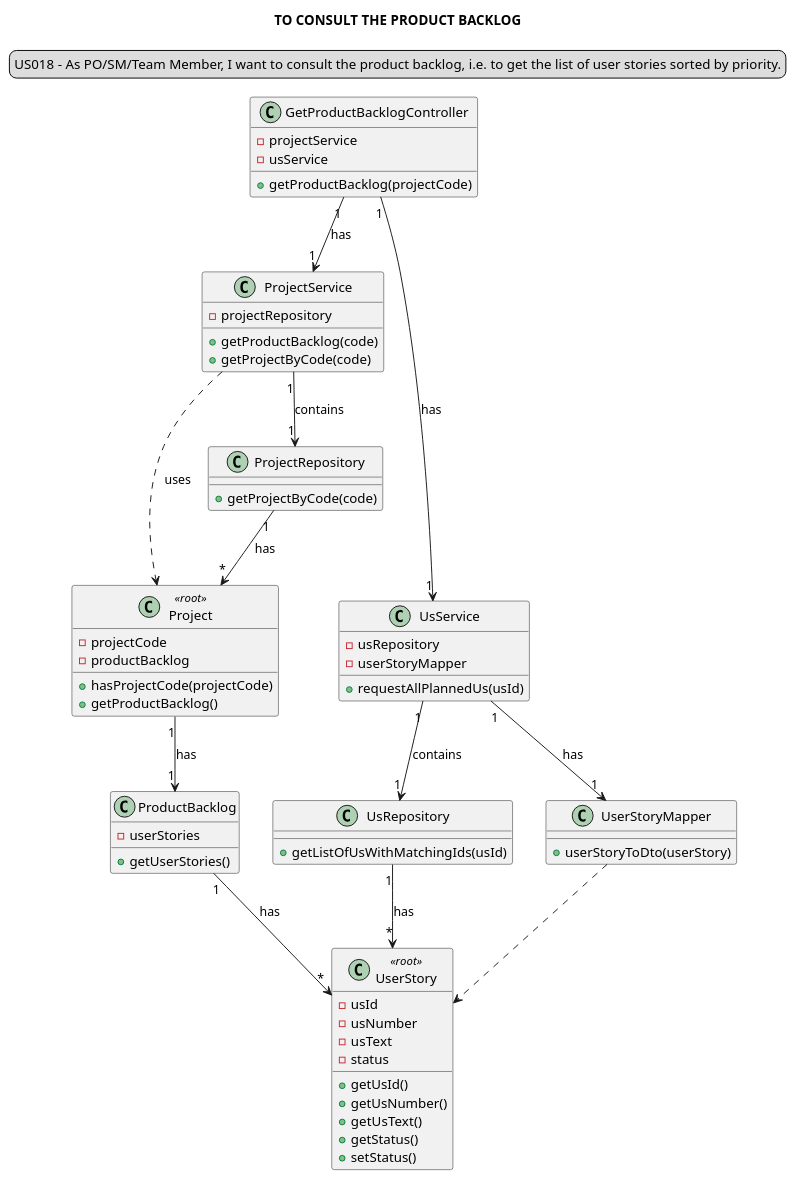
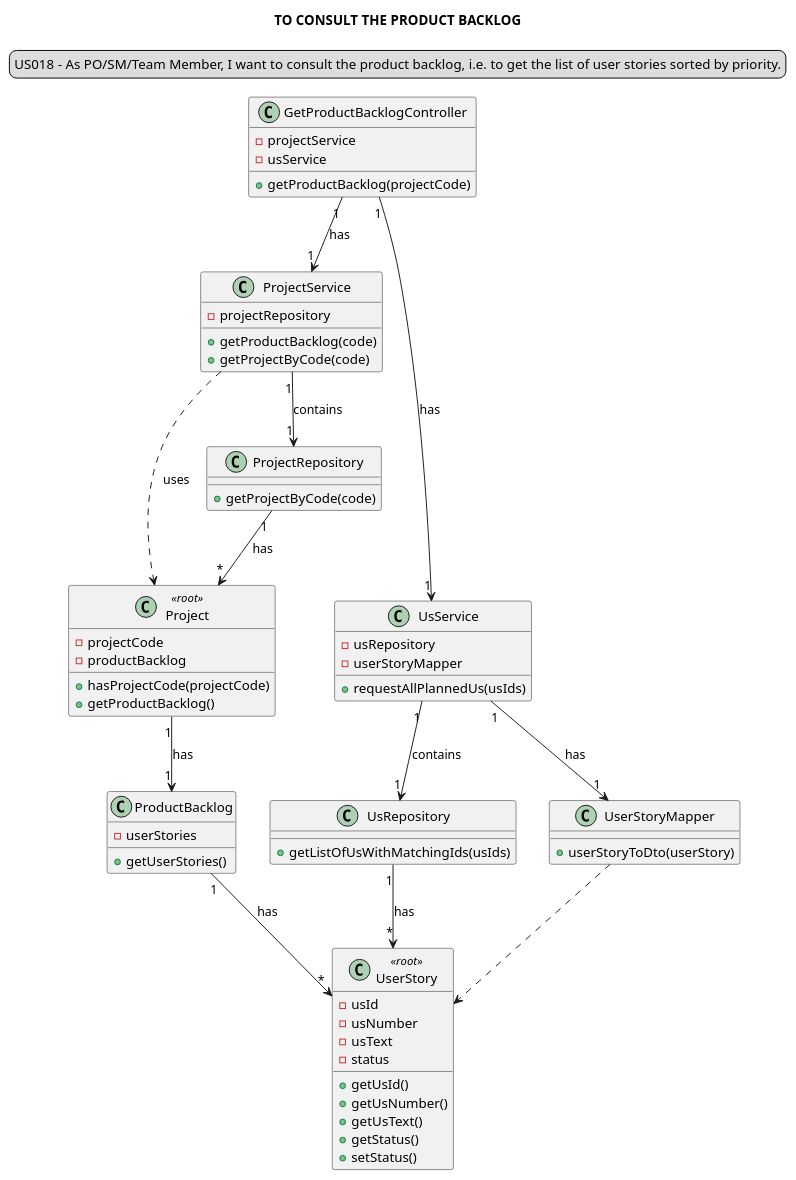
One commit to Loracline/project_switch_22-23 changed the diagram in docs/modelling_design/user_stories/sprint03/us018/US018_ClassDiagram_ddd.puml. Above: the diagram before and after it, drawn with PlantUML. The commit also changed 3 other files, not shown here.

Commit message:
US017-US018: Design: Updated sequence and class diagrams of US017 and US018, closes #235

```diff
--- a/docs/modelling_design/user_stories/sprint03/us018/US018_ClassDiagram_ddd.puml
+++ b/docs/modelling_design/user_stories/sprint03/us018/US018_ClassDiagram_ddd.puml
@@ -1,76 +1,76 @@
 @startuml
 'https://plantuml.com/class-diagram
 
 title TO CONSULT THE PRODUCT BACKLOG
 skinparam sequenceMessageAlign center
 legend top
 US018 - As PO/SM/Team Member, I want to consult the product backlog, i.e. to get the list of user stories sorted by priority.
 end legend
 
 class "GetProductBacklogController" {
 -projectService
 -usService
 +getProductBacklog(projectCode)
 }
 
 class "ProjectService"{
 -projectRepository
 +getProductBacklog(code)
 +getProjectByCode(code)
 }
 
 class "UsService"{
 -usRepository
 -userStoryMapper
-+requestAllPlannedUs(usId)
++requestAllPlannedUs(usIds)
 }
 
 class "Project" <<root>>{
 -projectCode
 -productBacklog
 +hasProjectCode(projectCode)
 +getProductBacklog()
 }
 
 class "ProductBacklog"{
 -userStories
 +getUserStories()
 }
 
 class ProjectRepository{
 +getProjectByCode(code)
 }
 
 class "UsRepository"{
-+getListOfUsWithMatchingIds(usId)
++getListOfUsWithMatchingIds(usIds)
 }
 
 class "UserStoryMapper"{
 +userStoryToDto(userStory)
 }
 class "UserStory" <<root>>{
 -usId
 -usNumber
 -usText
 -status
 +getUsId()
 +getUsNumber()
 +getUsText()
 +getStatus()
 +setStatus()
 }
 
 
 "GetProductBacklogController" "1"-->"1"  "ProjectService": has
 "GetProductBacklogController" "1"-->"1"  "UsService": has
 "Project" "1"-->"1" "ProductBacklog": has
 "ProductBacklog" "1"-->"*" "UserStory": has
 "UsService" "1"-->"1"  "UsRepository": contains
 "UsRepository" "1"-->"*" "UserStory": has
 "UsService" "1"-->"1"  "UserStoryMapper": has
 "UserStoryMapper" ..> "UserStory"
 "ProjectService" "1"-->"1" "ProjectRepository": contains
 "ProjectService" ..> "Project": uses
 "ProjectRepository" "1"-->"*" "Project": has
 
 @enduml
```
